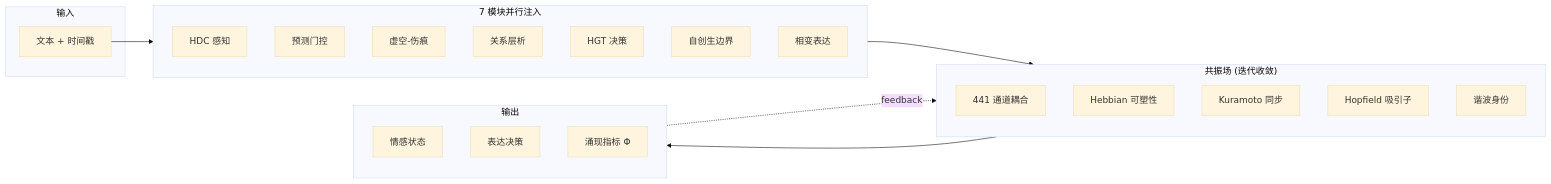
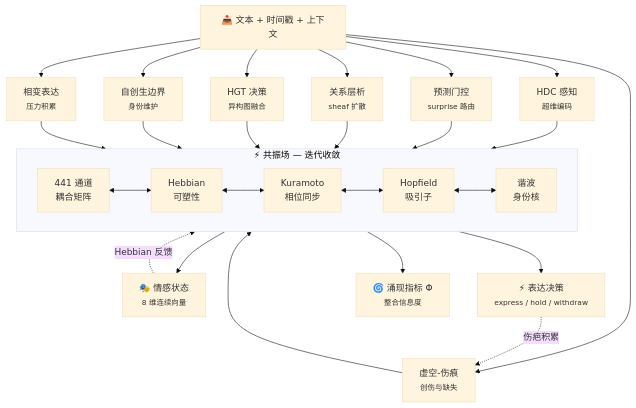
The diagram in README.md (Ayleovelle/SylannEngine), drawn with Mermaid (base theme) before and after one commit.

Commit message:
docs: 重绘 V2 共振场架构图
- 改为 TB 布局，展示 7 模块并行注入的扇出结构
- 共振场内部用双向箭头表示全连接耦合
- 输出扇出为三路，反馈回路分别标注 Hebbian/伤疤

````diff
--- a/README.md
+++ b/README.md
@@ -121,34 +121,39 @@
 ```mermaid
-flowchart LR
-    subgraph INPUT["输入"]
-        T["文本 + 时间戳"]
+flowchart TB
+    %% 输入层
+    INPUT["📥 文本 + 时间戳 + 上下文"]
+
+    %% 7 模块并行感知
+    INPUT --> M0 & M1 & M2 & M3 & M4 & M5 & M6
+
+    M0["HDC 感知<br/><small>超维编码</small>"]
+    M1["预测门控<br/><small>surprise 路由</small>"]
+    M2["虚空-伤痕<br/><small>创伤与缺失</small>"]
+    M3["关系层析<br/><small>sheaf 扩散</small>"]
+    M4["HGT 决策<br/><small>异构图融合</small>"]
+    M5["自创生边界<br/><small>身份维护</small>"]
+    M6["相变表达<br/><small>压力积累</small>"]
+
+    %% 全部注入共振场
+    M0 & M1 & M2 & M3 & M4 & M5 & M6 --> FIELD
+
+    subgraph FIELD["⚡ 共振场 — 迭代收敛"]
+        direction LR
+        F1["441 通道<br/>耦合矩阵"]
+        F2["Hebbian<br/>可塑性"]
+        F3["Kuramoto<br/>相位同步"]
+        F4["Hopfield<br/>吸引子"]
+        F5["谐波<br/>身份核"]
+        F1 <--> F2 <--> F3 <--> F4 <--> F5
     end
 
-    subgraph MODULES["7 模块并行注入"]
-        M0["HDC 感知"]
-        M1["预测门控"]
-        M2["虚空-伤痕"]
-        M3["关系层析"]
-        M4["HGT 决策"]
-        M5["自创生边界"]
-        M6["相变表达"]
-    end
+    %% 输出
+    FIELD --> O1 & O2 & O3
+    O1["🎭 情感状态<br/><small>8 维连续向量</small>"]
+    O2["⚡ 表达决策<br/><small>express / hold / withdraw</small>"]
+    O3["🌀 涌现指标 Φ<br/><small>整合信息度</small>"]
 
-    subgraph FIELD["共振场 (迭代收敛)"]
-        direction TB
-        F1["441 通道耦合"]
-        F2["Hebbian 可塑性"]
-        F3["Kuramoto 同步"]
-        F4["Hopfield 吸引子"]
-        F5["谐波身份"]
-    end
-
-    subgraph OUTPUT["输出"]
-        O1["情感状态"]
-        O2["表达决策"]
-        O3["涌现指标 Φ"]
-    end
-
-    T --> MODULES --> FIELD --> OUTPUT
-    OUTPUT -.->|"feedback"| F2
+    %% 反馈回路
+    O1 -.->|"Hebbian 反馈"| F2
+    O2 -.->|"伤疤积累"| M2
 ```
````
